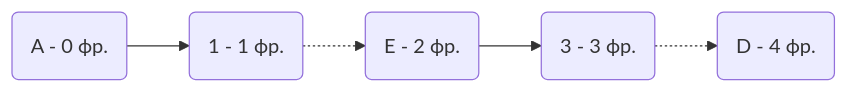
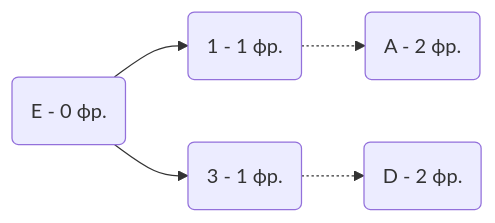
Before and after one commit to HSE-algo-23-crow/manual_tasks: the fifth of 9 diagrams in task_13/altyn_task_13.md, drawn with Mermaid. The commit also changed other lines of this file, not shown here.

````diff
--- a/task_13/altyn_task_13.md
+++ b/task_13/altyn_task_13.md
@@ -201,4 +201,5 @@
 ```mermaid
 graph LR
-    A(A - 0 фр.)  --> 1(1 - 1 фр.) -.-> E(E - 2 фр.) --> 3(3 - 3 фр.) -.-> D(D - 4 фр.)
+    E(E - 0 фр.)  --> 1(1 - 1 фр.) -.-> A(A - 2 фр.)
+    E(E - 0 фр.)  --> 3(3 - 1 фр.) -.-> D(D - 2 фр.)
 ```
````
